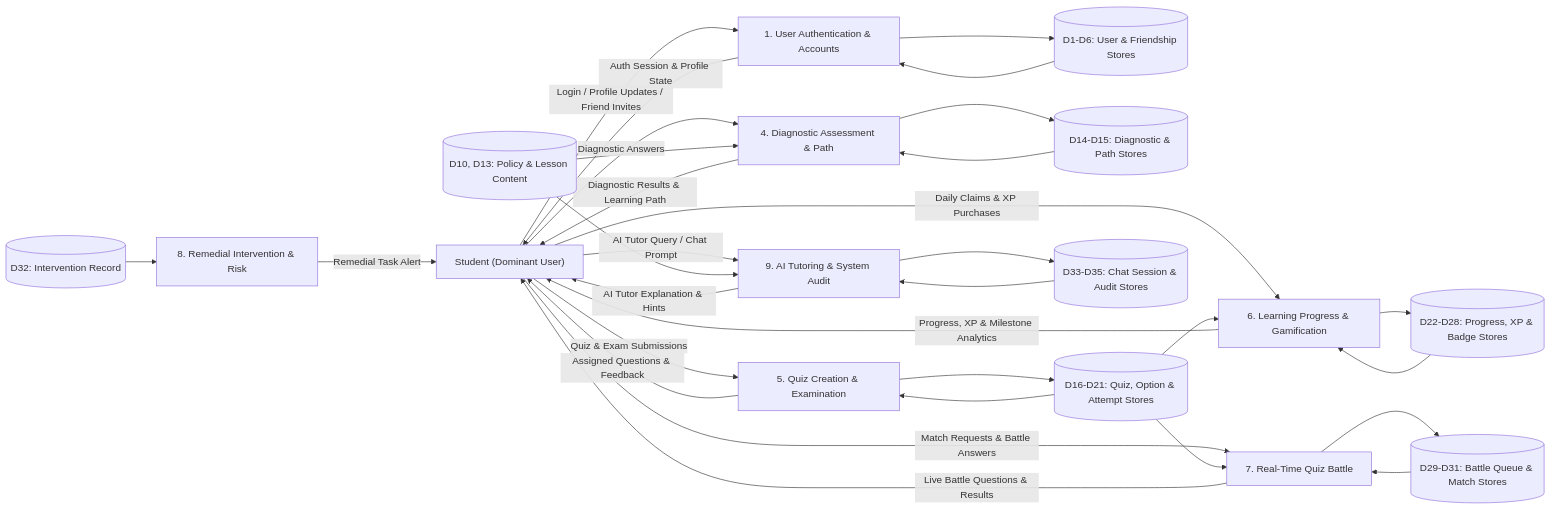
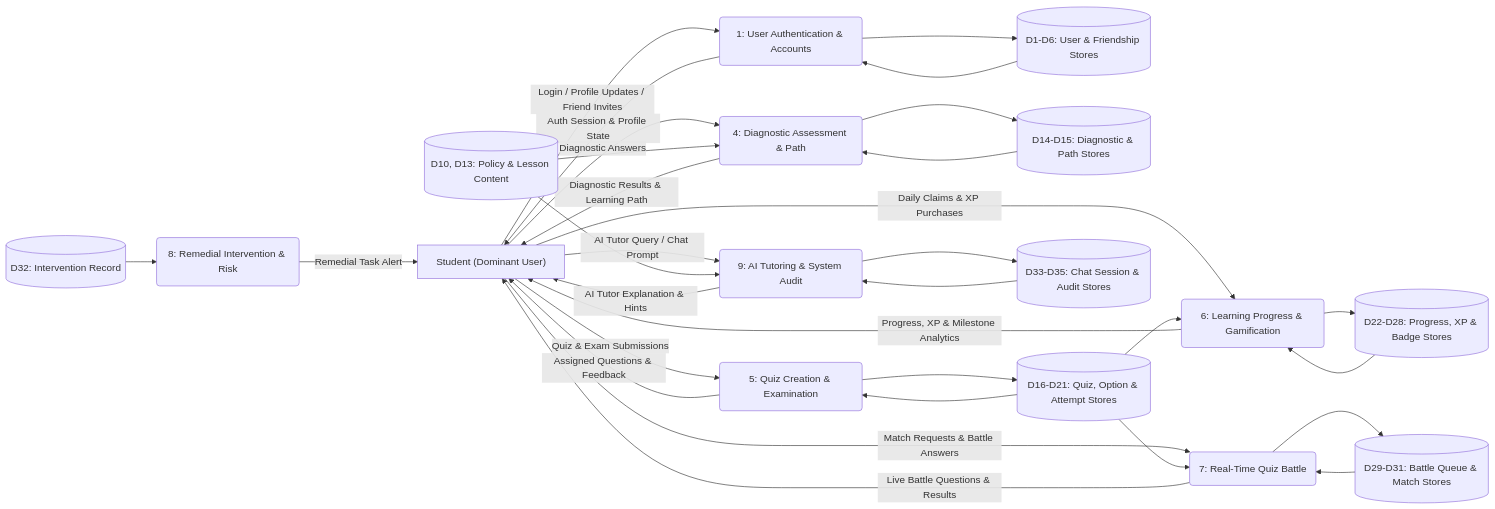
Before and after one commit to Deign86/MATHPULSE-AI: the diagram in docs/DFD_LEVEL_1_STUDENT.md, drawn with Mermaid. The commit also changed other lines of this file and 3 other files, not shown here.

````diff
--- a/docs/DFD_LEVEL_1_STUDENT.md
+++ b/docs/DFD_LEVEL_1_STUDENT.md
@@ -164,58 +173,58 @@
 ```mermaid
 graph LR
     Student["Student (Dominant User)"]
 
-    P1["1. User Authentication & Accounts"]
-    P4["4. Diagnostic Assessment & Path"]
-    P5["5. Quiz Creation & Examination"]
-    P6["6. Learning Progress & Gamification"]
-    P7["7. Real-Time Quiz Battle"]
-    P8["8. Remedial Intervention & Risk"]
-    P9["9. AI Tutoring & System Audit"]
+    P1("1: User Authentication & Accounts")
+    P4("4: Diagnostic Assessment & Path")
+    P5("5: Quiz Creation & Examination")
+    P6("6: Learning Progress & Gamification")
+    P7("7: Real-Time Quiz Battle")
+    P8("8: Remedial Intervention & Risk")
+    P9("9: AI Tutoring & System Audit")
 
     D_Auth[("D1-D6: User & Friendship Stores")]
     D_Curr[("D10, D13: Policy & Lesson Content")]
     D_Diag[("D14-D15: Diagnostic & Path Stores")]
     D_Quiz[("D16-D21: Quiz, Option & Attempt Stores")]
     D_Prog[("D22-D28: Progress, XP & Badge Stores")]
     D_Bat[("D29-D31: Battle Queue & Match Stores")]
     D_Int[("D32: Intervention Record")]
     D_Chat[("D33-D35: Chat Session & Audit Stores")]
 
     Student -->|Login / Profile Updates / Friend Invites| P1
     P1 -->|Auth Session & Profile State| Student
     P1 --> D_Auth
     D_Auth --> P1
 
     Student -->|Diagnostic Answers| P4
     P4 -->|Diagnostic Results & Learning Path| Student
     P4 --> D_Diag
     D_Diag --> P4
     D_Curr --> P4
 
     Student -->|Quiz & Exam Submissions| P5
     P5 -->|Assigned Questions & Feedback| Student
     P5 --> D_Quiz
     D_Quiz --> P5
 
     Student -->|Daily Claims & XP Purchases| P6
     P6 -->|Progress, XP & Milestone Analytics| Student
     P6 --> D_Prog
     D_Prog --> P6
     D_Quiz --> P6
 
     Student -->|Match Requests & Battle Answers| P7
     P7 -->|Live Battle Questions & Results| Student
     P7 --> D_Bat
     D_Bat --> P7
     D_Quiz --> P7
 
     P8 -->|Remedial Task Alert| Student
     D_Int --> P8
 
     Student -->|AI Tutor Query / Chat Prompt| P9
     P9 -->|AI Tutor Explanation & Hints| Student
     P9 --> D_Chat
     D_Chat --> P9
     D_Curr --> P9
 ```
````
